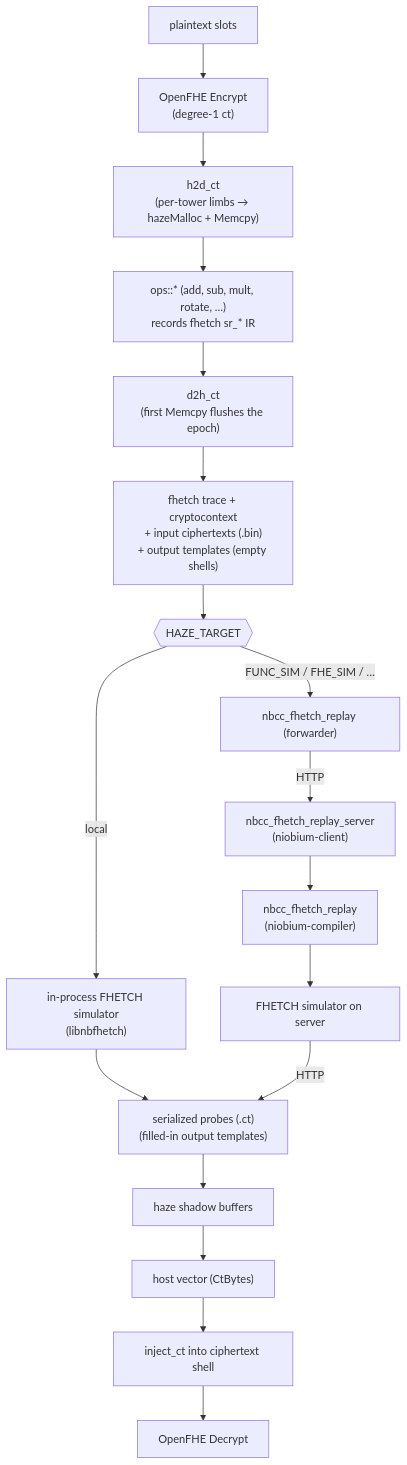
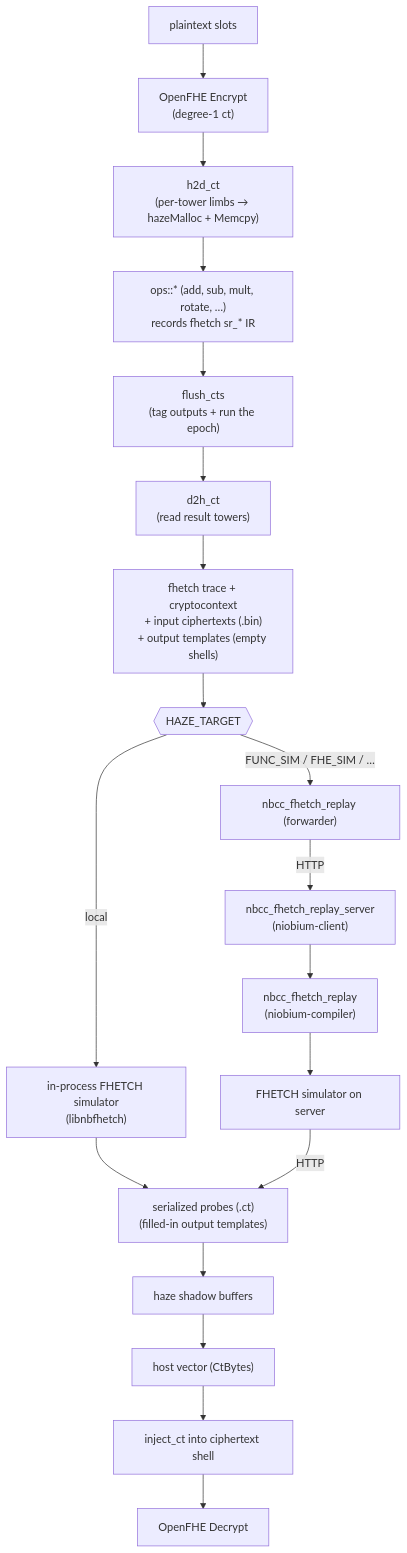
The diagram in test/e2e/README.md (NiobiumInc/niobium-haze), drawn with Mermaid before and after one commit. The commit also changed other lines of this file and 31 other files, not shown here.

````diff
--- a/test/e2e/README.md
+++ b/test/e2e/README.md
@@ -74,23 +74,24 @@
 ```mermaid
 flowchart TD
     PT[plaintext slots] --> ENC["OpenFHE Encrypt<br/>(degree-1 ct)"]
     ENC --> H2D["h2d_ct<br/>(per-tower limbs → hazeMalloc + Memcpy)"]
     H2D --> OPS["ops::* (add, sub, mult, rotate, …)<br/>records fhetch sr_* IR"]
-    OPS --> D2H["d2h_ct<br/>(first Memcpy flushes the epoch)"]
+    OPS --> FLUSH["flush_cts<br/>(tag outputs + run the epoch)"]
+    FLUSH --> D2H["d2h_ct<br/>(read result towers)"]
     D2H --> TRACE["fhetch trace + cryptocontext<br/>+ input ciphertexts (.bin)<br/>+ output templates (empty shells)"]
     TRACE --> DISPATCH{{"HAZE_TARGET"}}
 
     DISPATCH -- "local" --> SIM["in-process FHETCH simulator<br/>(libnbfhetch)"]
     DISPATCH -- "FUNC_SIM / FHE_SIM / …" --> FWD["nbcc_fhetch_replay (forwarder)"]
     FWD -- HTTP --> SRV["nbcc_fhetch_replay_server<br/>(niobium-client)"]
     SRV --> NBCC["nbcc_fhetch_replay<br/>(niobium-compiler)"]
     NBCC --> SRV_SIM["FHETCH simulator on server"]
 
     SIM --> PROBES["serialized probes (.ct)<br/>(filled-in output templates)"]
     SRV_SIM -- HTTP --> PROBES
 
     PROBES --> SHADOW["haze shadow buffers"]
     SHADOW --> HOST["host vector<uint64_t> (CtBytes)"]
     HOST --> INJECT["inject_ct into ciphertext shell"]
     INJECT --> DEC["OpenFHE Decrypt"]
 ```
````
